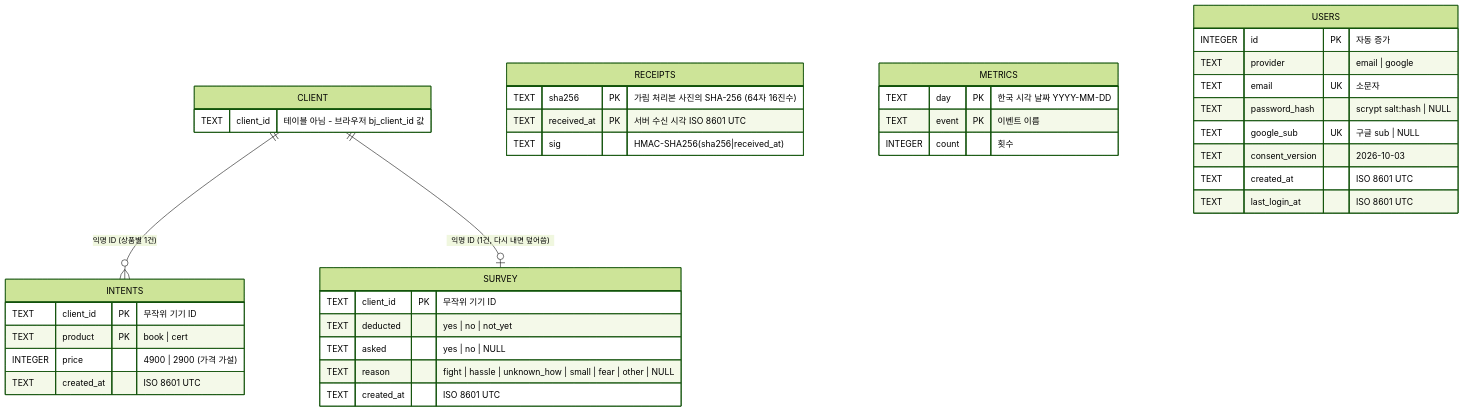
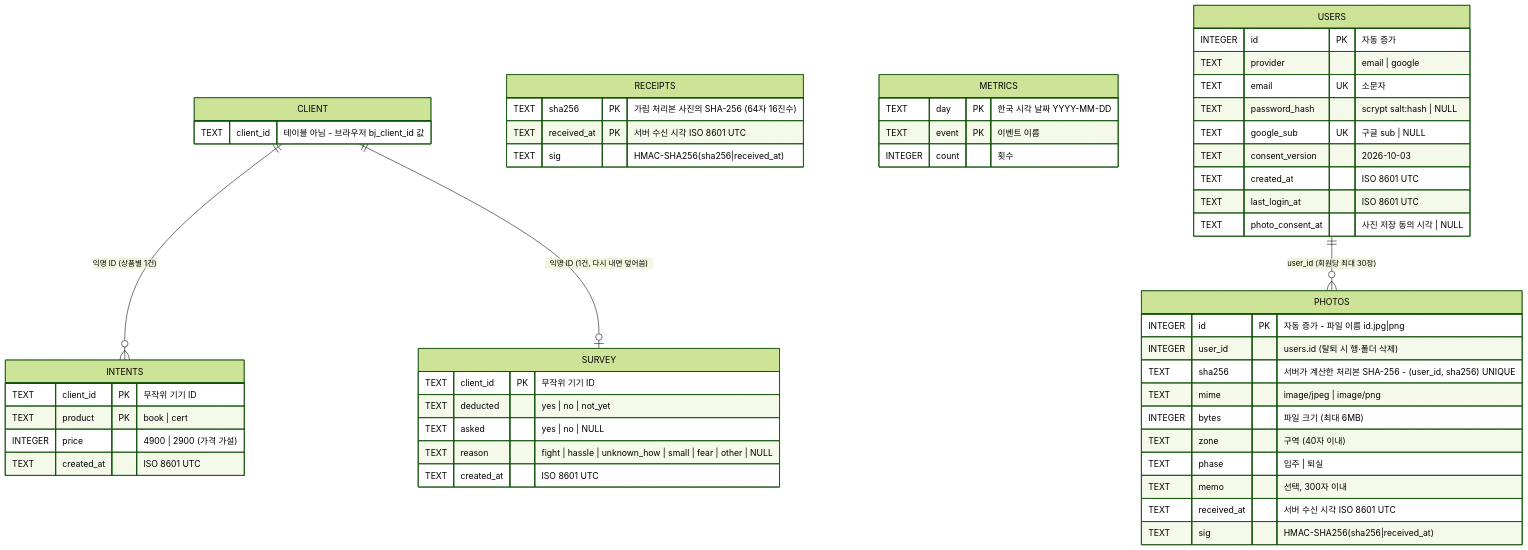
Before and after one commit to a1paka12/AIBuilder_Challenge: the first of 3 diagrams in docs/ERD.md, drawn with Mermaid (forest theme). The commit also changed other lines of this file and 32 other files, not shown here.

````diff
--- a/docs/ERD.md
+++ b/docs/ERD.md
@@ -80,41 +102,55 @@
 ```mermaid
 erDiagram
     CLIENT ||--o{ INTENTS : "익명 ID (상품별 1건)"
     CLIENT ||--o| SURVEY : "익명 ID (1건, 다시 내면 덮어씀)"
     RECEIPTS {
         TEXT sha256 PK "가림 처리본 사진의 SHA-256 (64자 16진수)"
         TEXT received_at PK "서버 수신 시각 ISO 8601 UTC"
         TEXT sig "HMAC-SHA256(sha256|received_at)"
     }
     INTENTS {
         TEXT client_id PK "무작위 기기 ID"
         TEXT product PK "book | cert"
         INTEGER price "4900 | 2900 (가격 가설)"
         TEXT created_at "ISO 8601 UTC"
     }
     SURVEY {
         TEXT client_id PK "무작위 기기 ID"
         TEXT deducted "yes | no | not_yet"
         TEXT asked "yes | no | NULL"
         TEXT reason "fight | hassle | unknown_how | small | fear | other | NULL"
         TEXT created_at "ISO 8601 UTC"
     }
     METRICS {
         TEXT day PK "한국 시각 날짜 YYYY-MM-DD"
         TEXT event PK "이벤트 이름"
         INTEGER count "횟수"
     }
     CLIENT {
         TEXT client_id "테이블 아님 - 브라우저 bj_client_id 값"
     }
     USERS {
         INTEGER id PK "자동 증가"
         TEXT provider "email | google"
         TEXT email UK "소문자"
         TEXT password_hash "scrypt salt:hash | NULL"
         TEXT google_sub UK "구글 sub | NULL"
         TEXT consent_version "2026-10-03"
         TEXT created_at "ISO 8601 UTC"
         TEXT last_login_at "ISO 8601 UTC"
+        TEXT photo_consent_at "사진 저장 동의 시각 | NULL"
+    }
+    USERS ||--o{ PHOTOS : "user_id (회원당 최대 30장)"
+    PHOTOS {
+        INTEGER id PK "자동 증가 - 파일 이름 id.jpg|png"
+        INTEGER user_id "users.id (탈퇴 시 행·폴더 삭제)"
+        TEXT sha256 "서버가 계산한 처리본 SHA-256 - (user_id, sha256) UNIQUE"
+        TEXT mime "image/jpeg | image/png"
+        INTEGER bytes "파일 크기 (최대 6MB)"
+        TEXT zone "구역 (40자 이내)"
+        TEXT phase "입주 | 퇴실"
+        TEXT memo "선택, 300자 이내"
+        TEXT received_at "서버 수신 시각 ISO 8601 UTC"
+        TEXT sig "HMAC-SHA256(sha256|received_at)"
     }
 ```
````
